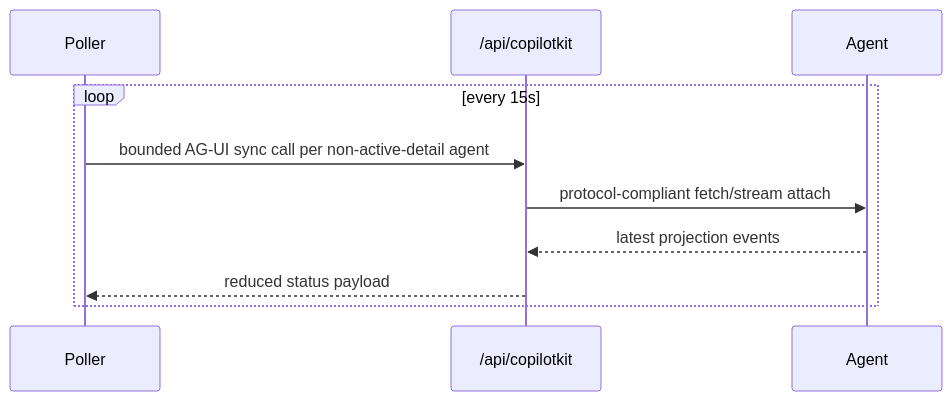
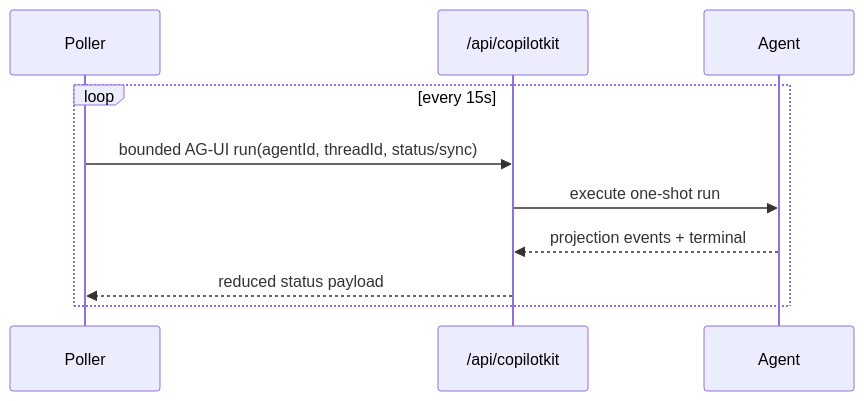
The fifth of 6 diagrams in typescript/clients/web-ag-ui/docs/c4-target-architecture-web-ag-ui-agents.md (EmberAGI/arbitrum-vibekit), drawn with Mermaid before and after one commit. The commit also changed other lines of this file and 3 other files, not shown here.

Commit message:
fix(web-ag-ui): use sync run for list polling and align invariants docs

````diff
--- a/typescript/clients/web-ag-ui/docs/c4-target-architecture-web-ag-ui-agents.md
+++ b/typescript/clients/web-ag-ui/docs/c4-target-architecture-web-ag-ui-agents.md
@@ -198,13 +199,13 @@
 ```mermaid
 sequenceDiagram
   participant Poller
   participant Runtime as /api/copilotkit
   participant Agent
 
   loop every 15s
-    Poller->>Runtime: bounded AG-UI sync call per non-active-detail agent
-    Runtime->>Agent: protocol-compliant fetch/stream attach
-    Agent-->>Runtime: latest projection events
+    Poller->>Runtime: bounded AG-UI run(agentId, threadId, status/sync)
+    Runtime->>Agent: execute one-shot run
+    Agent-->>Runtime: projection events + terminal
     Runtime-->>Poller: reduced status payload
   end
 ```
````
